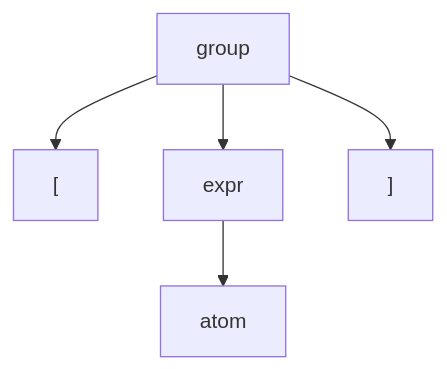
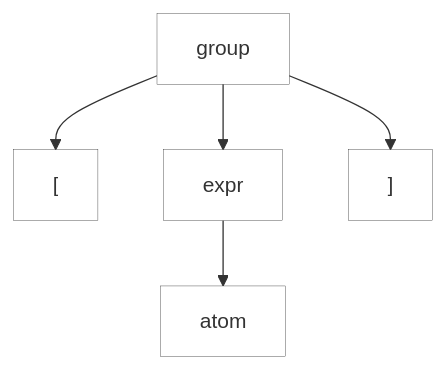
One commit to Reefact/antlr4-book-examples changed the diagram in Reefact.BookExamples.Antlr4/Chapter_09/3/1/ReadMe.md. Above: the diagram before and after it, drawn with Mermaid.

Commit message:
Fix mermaid diagram

````diff
--- a/Reefact.BookExamples.Antlr4/Chapter_09/3/1/ReadMe.md
+++ b/Reefact.BookExamples.Antlr4/Chapter_09/3/1/ReadMe.md
@@ -33,7 +33,10 @@
 ```mermaid
 graph TD
 	1["group"] --> 2["["]
 	1 --> 3["expr"]
 	3 --> 4["atom"]
 	1 --> 5["]"]
+	
+classDef default fill:#fff,stroke:#000,stroke-width:0.25px;
+classDef error color:#fff,fill:#FF0000,stroke:#000,stroke-width:0.25px;
 ```
````
